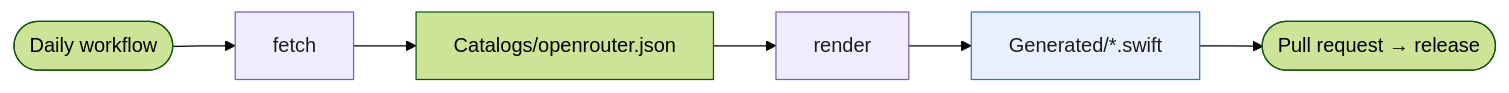
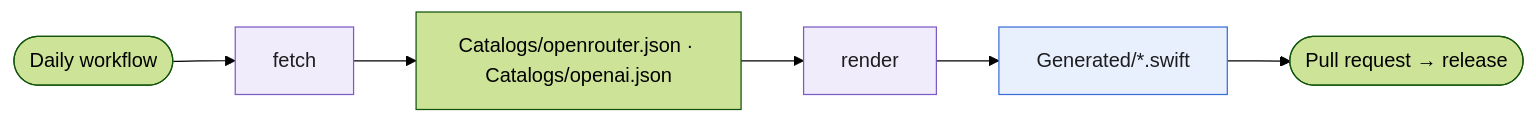
The sixth of 6 diagrams in ARCHITECTURE.md (dioKaratzas/swift-language-models), drawn with Mermaid (forest theme) before and after one commit. The commit also changed other lines of this file and 154 other files, not shown here.

````diff
--- a/ARCHITECTURE.md
+++ b/ARCHITECTURE.md
@@ -153,11 +209,11 @@
 ```mermaid
 flowchart LR
     schedule(["Daily workflow"]) --> fetch["fetch"]:::tool
-    fetch --> json["Catalogs/openrouter.json"]
+    fetch --> json["Catalogs/openrouter.json · Catalogs/openai.json"]
     json --> render["render"]:::tool
     render --> generated["Generated/*.swift"]:::provider
     generated --> release(["Pull request → release"])
 
     classDef tool fill:#f1ecfb,stroke:#7c5cc4,color:#1d1d1f
     classDef provider fill:#e8f0fe,stroke:#3b6fd8,color:#1d1d1f
 ```
````
